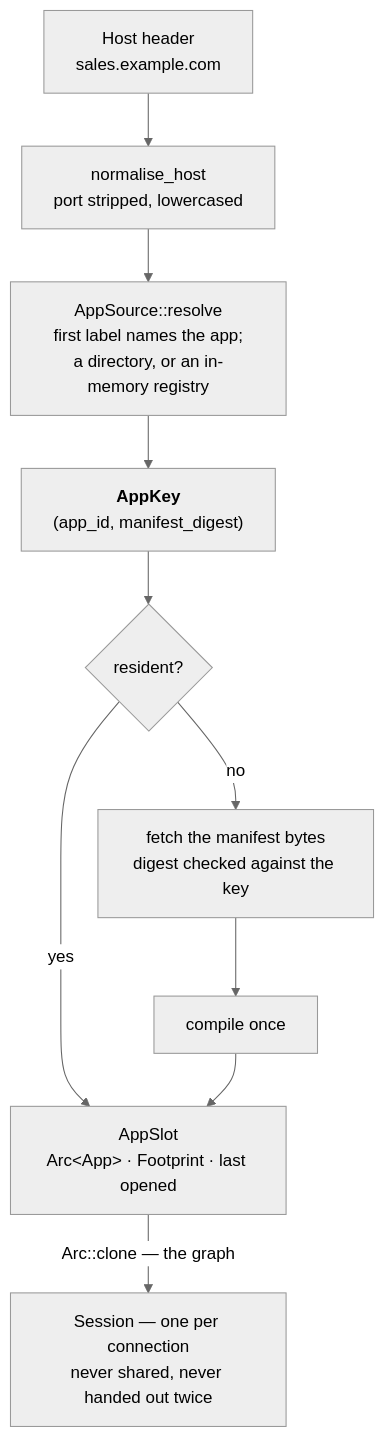
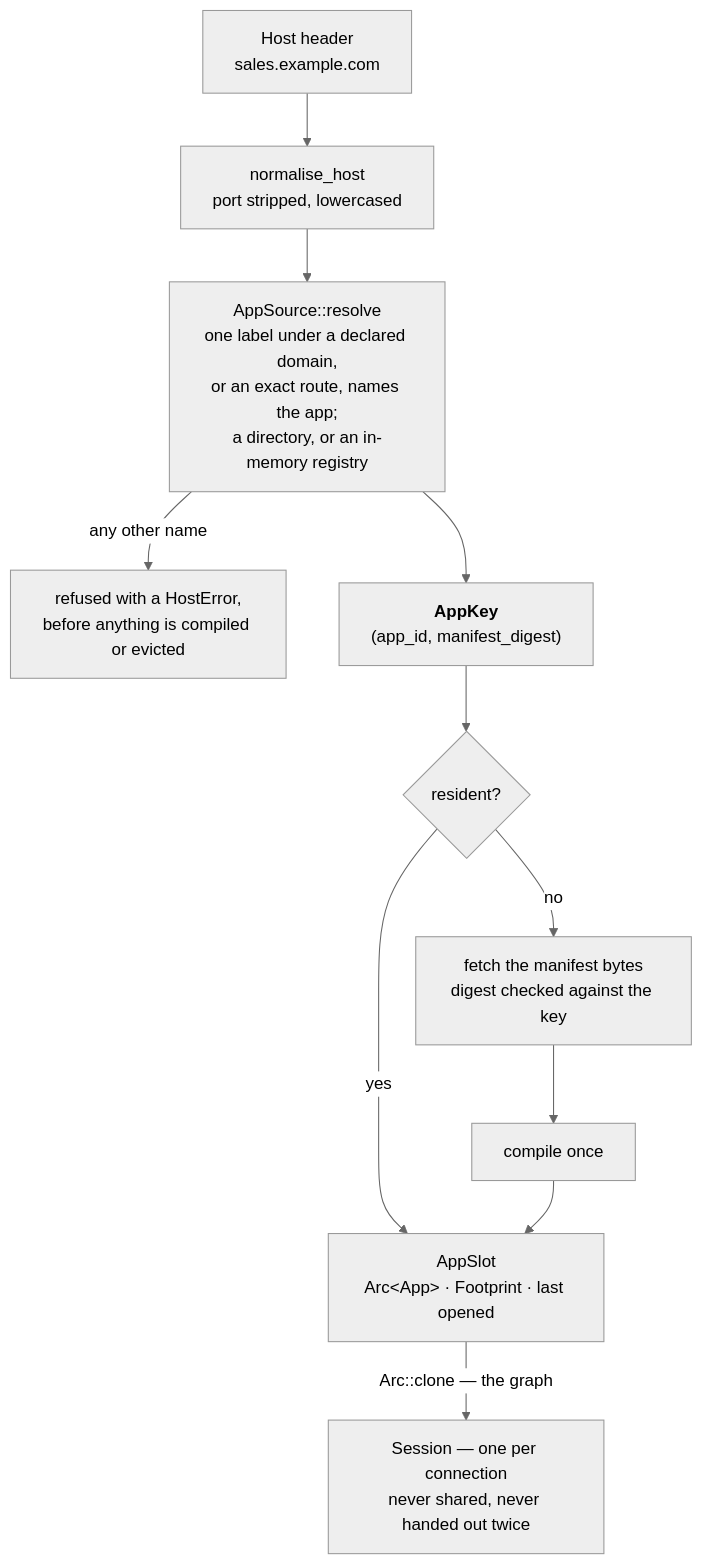
The first of 2 diagrams in crates/host/README.md (lucheeseng827/dagpane), drawn with Mermaid (neutral theme) before and after one commit. The commit also changed other lines of this file and 103 other files, not shown here.

````diff
--- a/crates/host/README.md
+++ b/crates/host/README.md
@@ -14,17 +14,19 @@
 ```mermaid
 flowchart TD
     header["Host header<br/>sales.example.com"]
     norm["normalise_host<br/>port stripped, lowercased"]
-    src["AppSource::resolve<br/>first label names the app;<br/>a directory, or an in-memory registry"]
+    src["AppSource::resolve<br/>one label under a declared domain,<br/>or an exact route, names the app;<br/>a directory, or an in-memory registry"]
+    refused["refused with a HostError,<br/>before anything is compiled or evicted"]
     key["<b>AppKey</b><br/>(app_id, manifest_digest)"]
     hit{"resident?"}
     fetch["fetch the manifest bytes<br/>digest checked against the key"]
     compile["compile once"]
     slot["AppSlot<br/>Arc&lt;App&gt; · Footprint · last opened"]
     session["Session — one per connection<br/>never shared, never handed out twice"]
 
     header --> norm --> src --> key --> hit
+    src -->|"any other name"| refused
     hit -->|yes| slot
     hit -->|no| fetch --> compile --> slot
     slot -->|"Arc::clone — the graph"| session
 ```
````
